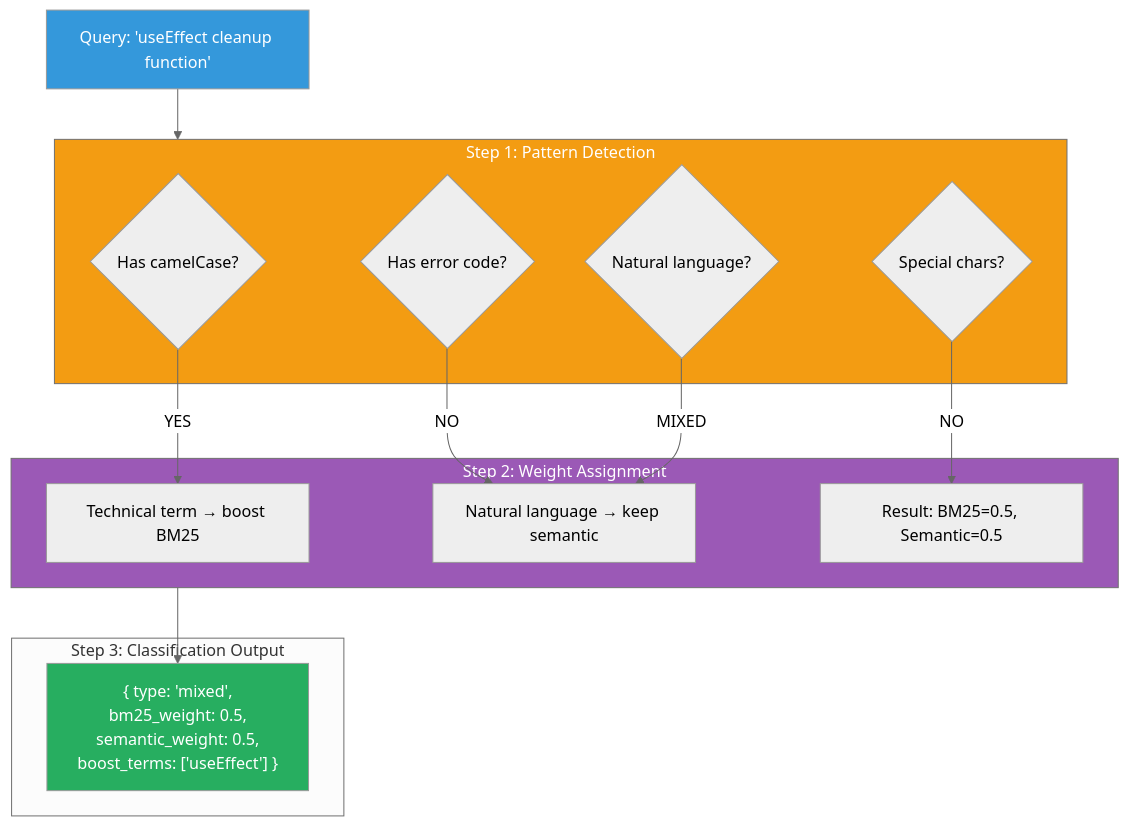
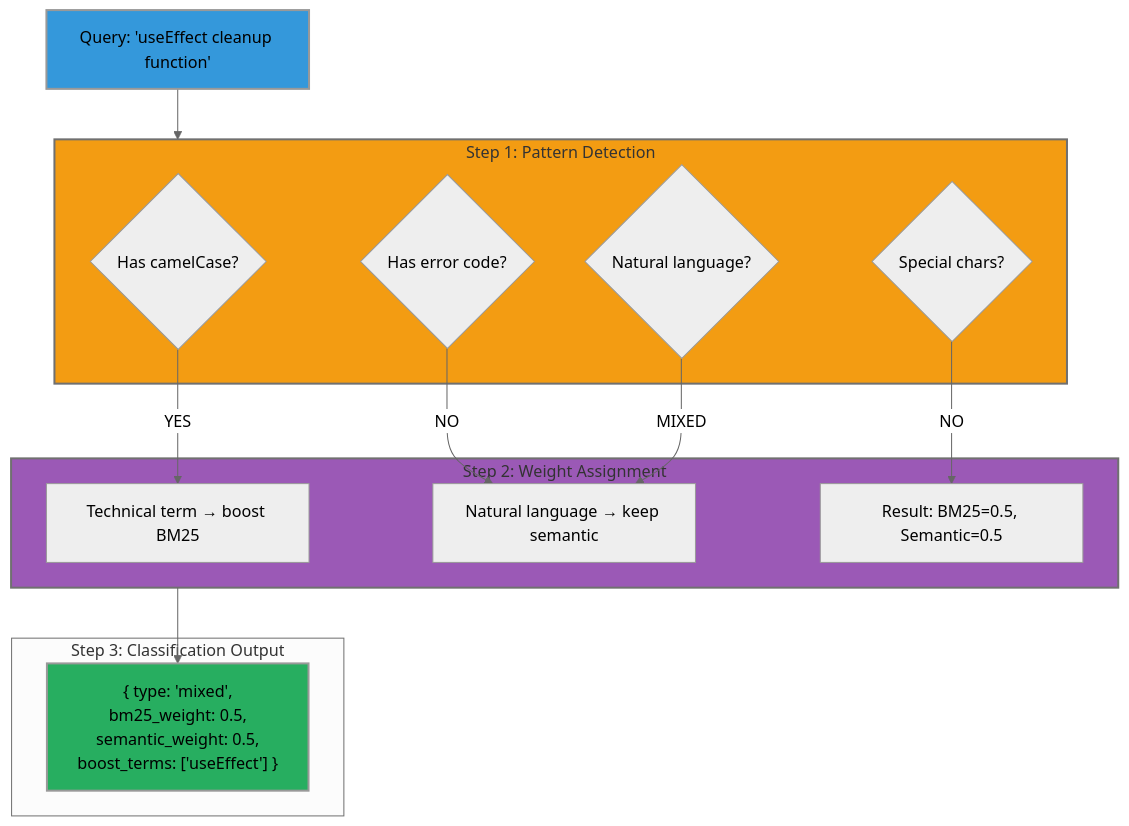
The sixth of 27 diagrams in docs/reference/architecture/architecture.md (sampi02/amanmcp), drawn with Mermaid (neutral theme) before and after one commit. The commit also changed other lines of this file and 59 other files, not shown here.

````diff
--- a/docs/reference/architecture/architecture.md
+++ b/docs/reference/architecture/architecture.md
@@ -274,33 +479,33 @@
 ```mermaid
 flowchart TB
     Query["Query: 'useEffect cleanup function'"]
 
     subgraph Step1["Step 1: Pattern Detection"]
         P1{Has camelCase?}
         P2{Has error code?}
         P3{Natural language?}
         P4{Special chars?}
     end
 
     subgraph Step2["Step 2: Weight Assignment"]
         W1[Technical term → boost BM25]
         W2[Natural language → keep semantic]
         W3[Result: BM25=0.5, Semantic=0.5]
     end
 
     subgraph Step3["Step 3: Classification Output"]
         Output["{ type: 'mixed',<br/>bm25_weight: 0.5,<br/>semantic_weight: 0.5,<br/>boost_terms: ['useEffect'] }"]
     end
 
     Query --> Step1
     P1 -->|YES| W1
     P2 -->|NO| W2
     P3 -->|MIXED| W2
     P4 -->|NO| W3
     Step2 --> Output
 
-    style Query fill:#3498db,color:#fff
-    style Step1 fill:#f39c12,color:#fff
-    style Step2 fill:#9b59b6,color:#fff
-    style Output fill:#27ae60,color:#fff
+    style Query fill:#3498db,stroke-width:2px
+    style Step1 fill:#f39c12,stroke-width:2px
+    style Step2 fill:#9b59b6,stroke-width:2px
+    style Output fill:#27ae60,stroke-width:2px
 ```
````
